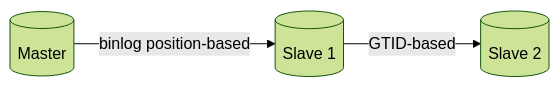
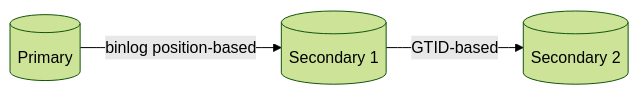
Before and after one commit to danilhendrasr/mysql-replication-experiment: the diagram in cascading-mixed/README.md, drawn with Mermaid (forest theme). The commit also changed other lines of this file and 7 other files, not shown here.

Commit message:
refactor(cascading-mixed): replace master-slave terms with primary-secondary

````diff
--- a/cascading-mixed/README.md
+++ b/cascading-mixed/README.md
@@ -7,8 +7,8 @@
 ```mermaid
 flowchart LR
-  master[(Master)]
-  slave1[(Slave 1)]
-  slave2[(Slave 2)]
-  master-- binlog position-based -->slave1
-  slave1-- GTID-based -->slave2
+  primary[(Primary)]
+  secondary1[(Secondary 1)]
+  secondary2[(Secondary 2)]
+  primary-- binlog position-based -->secondary1
+  secondary1-- GTID-based -->secondary2
 ```
````
